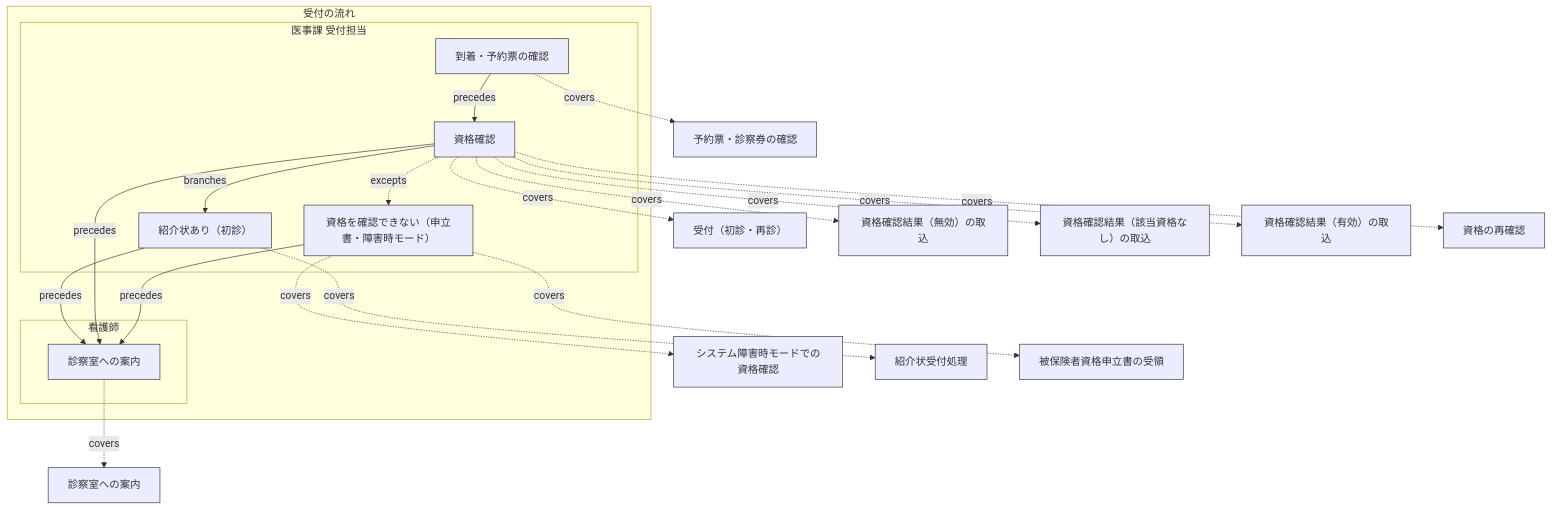
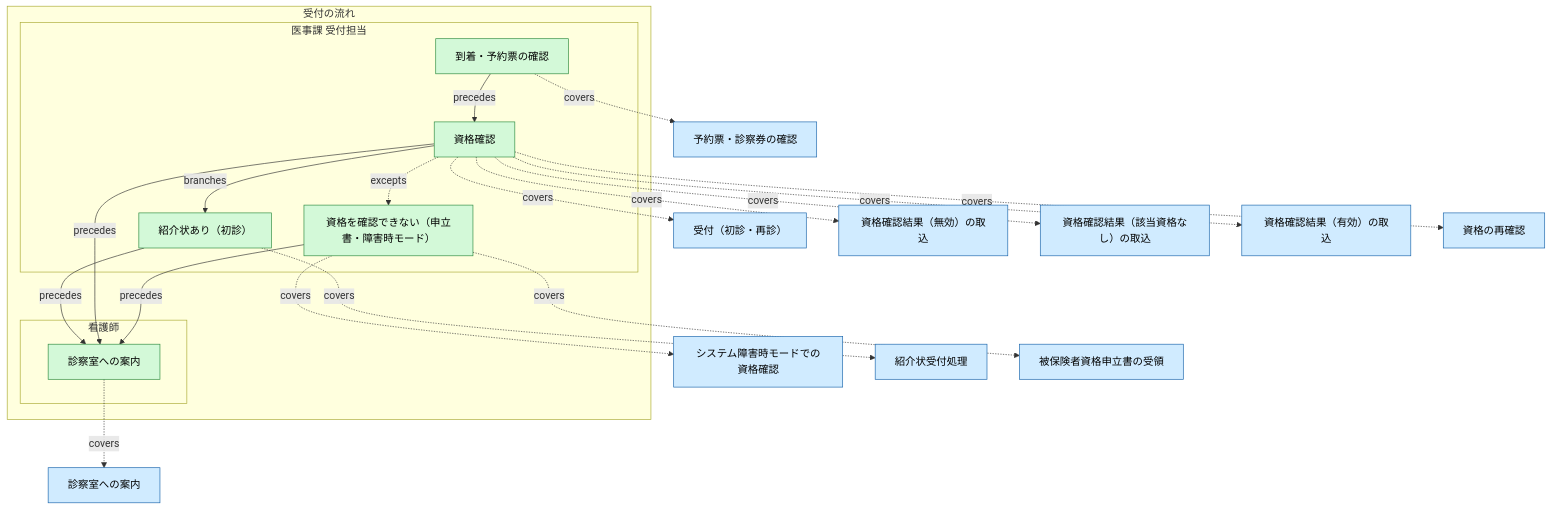
The fifth of 11 diagrams in docs/diagram-sample-review.md (manji-0/rdra-ish-dsl), drawn with Mermaid before and after one commit. The commit also changed other lines of this file and 76 other files, not shown here.

First line of the commit message:
feat(cli): colour each RDRA element family in the flowchart diagrams

````diff
--- a/docs/diagram-sample-review.md
+++ b/docs/diagram-sample-review.md
@@ -352,49 +352,49 @@
 ```mermaid
 %% rdra-ish diagram=flow scope=buc:BucVisitCheckIn model=samples/clinic-ops
 %% kinds: flow step lane usecase
 %% omitted: buc
 flowchart TD
   subgraph flow__VisitCheckInFlow["受付の流れ"]
     subgraph lane__VisitCheckInFlow__Nurse["看護師"]
       %% lane lane__VisitCheckInFlow__Nurse: actor__Nurse
       step__RoomingStep["診察室への案内"]:::step
     end
     subgraph lane__VisitCheckInFlow__ReceptionClerk["医事課 受付担当"]
       %% lane lane__VisitCheckInFlow__ReceptionClerk: actor__ReceptionClerk
       step__ArrivalStep["到着・予約票の確認"]:::step
       step__DeclarationStep["資格を確認できない（申立書・障害時モード）"]:::step
       step__EligibilityStep["資格確認"]:::step
       step__ReferralStep["紹介状あり（初診）"]:::step
     end
   end
   usecase__AssignRoom["診察室への案内"]:::usecase
   usecase__CheckInPatient["受付（初診・再診）"]:::usecase
   usecase__ConfirmEligibilityInOutageMode["システム障害時モードでの資格確認"]:::usecase
   usecase__ReceiveEligibilityInvalid["資格確認結果（無効）の取込"]:::usecase
   usecase__ReceiveEligibilityNoInfo["資格確認結果（該当資格なし）の取込"]:::usecase
   usecase__ReceiveEligibilityValid["資格確認結果（有効）の取込"]:::usecase
   usecase__ReceiveReferralLetter["紹介状受付処理"]:::usecase
   usecase__RecheckEligibility["資格の再確認"]:::usecase
   usecase__RecordEligibilityDeclaration["被保険者資格申立書の受領"]:::usecase
   usecase__VerifyArrival["予約票・診察券の確認"]:::usecase
   step__ArrivalStep -.->|covers| usecase__VerifyArrival
   step__ArrivalStep -->|precedes| step__EligibilityStep
   step__DeclarationStep -.->|covers| usecase__ConfirmEligibilityInOutageMode
   step__DeclarationStep -.->|covers| usecase__RecordEligibilityDeclaration
   step__DeclarationStep -->|precedes| step__RoomingStep
   step__EligibilityStep -->|branches| step__ReferralStep
   step__EligibilityStep -.->|covers| usecase__CheckInPatient
   step__EligibilityStep -.->|covers| usecase__ReceiveEligibilityInvalid
   step__EligibilityStep -.->|covers| usecase__ReceiveEligibilityNoInfo
   step__EligibilityStep -.->|covers| usecase__ReceiveEligibilityValid
   step__EligibilityStep -.->|covers| usecase__RecheckEligibility
   step__EligibilityStep -.->|excepts| step__DeclarationStep
   step__EligibilityStep -->|precedes| step__RoomingStep
   step__ReferralStep -.->|covers| usecase__ReceiveReferralLetter
   step__ReferralStep -->|precedes| step__RoomingStep
   step__RoomingStep -.->|covers| usecase__AssignRoom
-  classDef flow stroke:#333;
-  classDef step stroke:#333;
-  classDef lane stroke:#333;
-  classDef usecase stroke:#333;
+  classDef flow fill:#d3f9d8,stroke:#2b8a3e,color:#000;
+  classDef step fill:#d3f9d8,stroke:#2b8a3e,color:#000;
+  classDef lane fill:#d3f9d8,stroke:#2b8a3e,color:#000;
+  classDef usecase fill:#d0ebff,stroke:#1864ab,color:#000;
 ```
````
